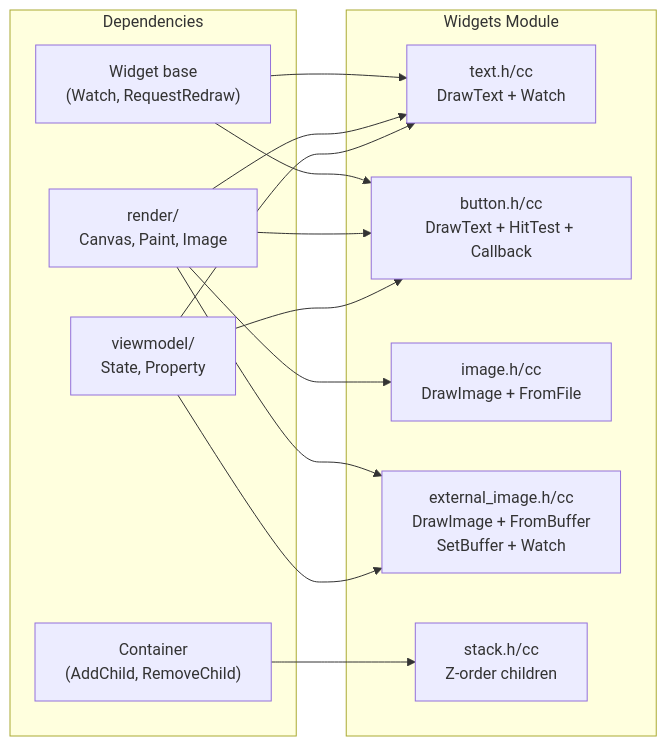
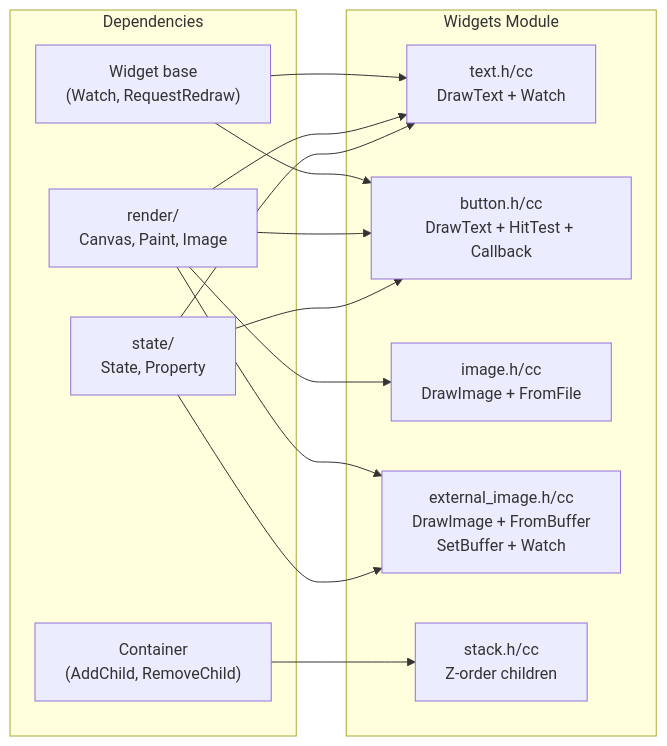
One commit to oxsource/native_ui changed the diagram in specs/006-basic-widgets-dynamic-tree/plan.md. Above: the diagram before and after it, drawn with Mermaid. The commit also changed other lines of this file and 26 other files, not shown here.

````diff
--- a/specs/006-basic-widgets-dynamic-tree/plan.md
+++ b/specs/006-basic-widgets-dynamic-tree/plan.md
@@ -78,28 +78,28 @@
 ```mermaid
 flowchart LR
     subgraph "Widgets Module"
         TEXT["text.h/cc<br/>DrawText + Watch"]
         BUTTON["button.h/cc<br/>DrawText + HitTest + Callback"]
         IMAGE["image.h/cc<br/>DrawImage + FromFile"]
         EXTIMG["external_image.h/cc<br/>DrawImage + FromBuffer<br/>SetBuffer + Watch"]
         STACK["stack.h/cc<br/>Z-order children"]
     end
 
     subgraph "Dependencies"
         WIDGET["Widget base<br/>(Watch, RequestRedraw)"]
         CONTAINER["Container<br/>(AddChild, RemoveChild)"]
         RENDER["render/<br/>Canvas, Paint, Image"]
-        VM["viewmodel/<br/>State, Property<T>"]
+        VM["state/<br/>State, Property<T>"]
     end
 
     WIDGET --> TEXT
     WIDGET --> BUTTON
     CONTAINER --> STACK
     RENDER --> TEXT
     RENDER --> BUTTON
     RENDER --> IMAGE
     RENDER --> EXTIMG
     VM --> TEXT
     VM --> BUTTON
     VM --> EXTIMG
 ```
````
